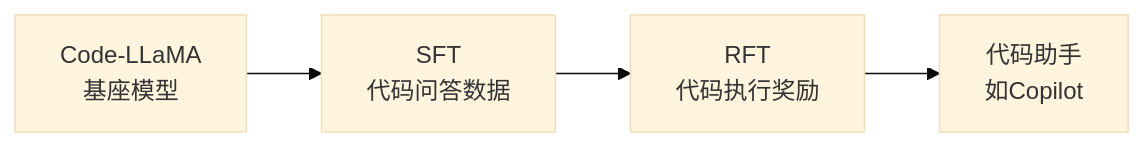
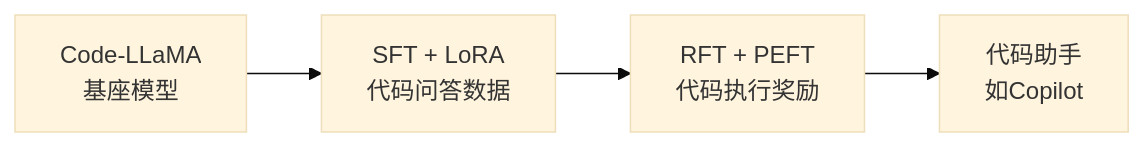
One commit to gqcn/johns-blog changed diagram 13 of 13 in docs/docs/1000-AI技术/600-训练微调/3000-AI模型微调技术详解.md. Above: the diagram before and after it, drawn with Mermaid (base theme). The commit also changed other lines of this file and 7 other files, not shown here.

````diff
--- a/docs/docs/1000-AI技术/600-训练微调/3000-AI模型微调技术详解.md
+++ b/docs/docs/1000-AI技术/600-训练微调/3000-AI模型微调技术详解.md
@@ -941,6 +1125,6 @@
 ```mermaid
 graph LR
-    A["Code-LLaMA<br/>基座模型"] --> B["SFT<br/>代码问答数据"]
-    B --> C["RFT<br/>代码执行奖励"]
+    A["Code-LLaMA<br/>基座模型"] --> B["SFT + LoRA<br/>代码问答数据"]
+    B --> C["RFT + PEFT<br/>代码执行奖励"]
     C --> D["代码助手<br/>如Copilot"]
 ```
````
